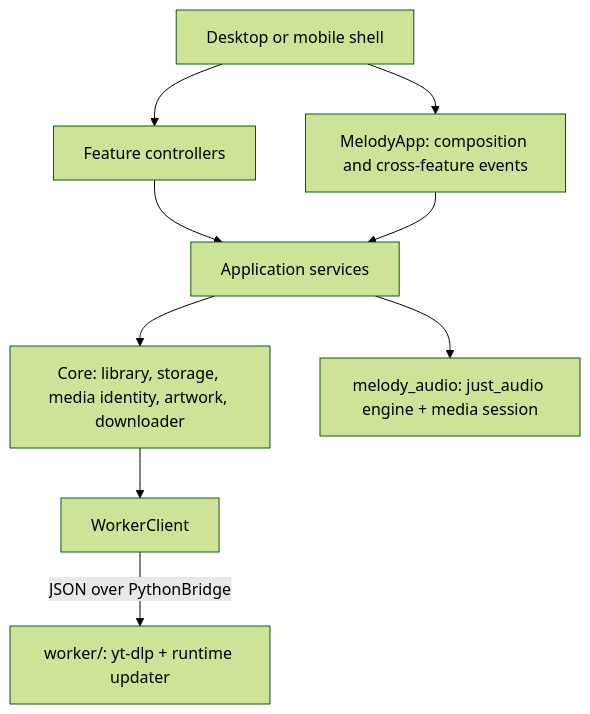
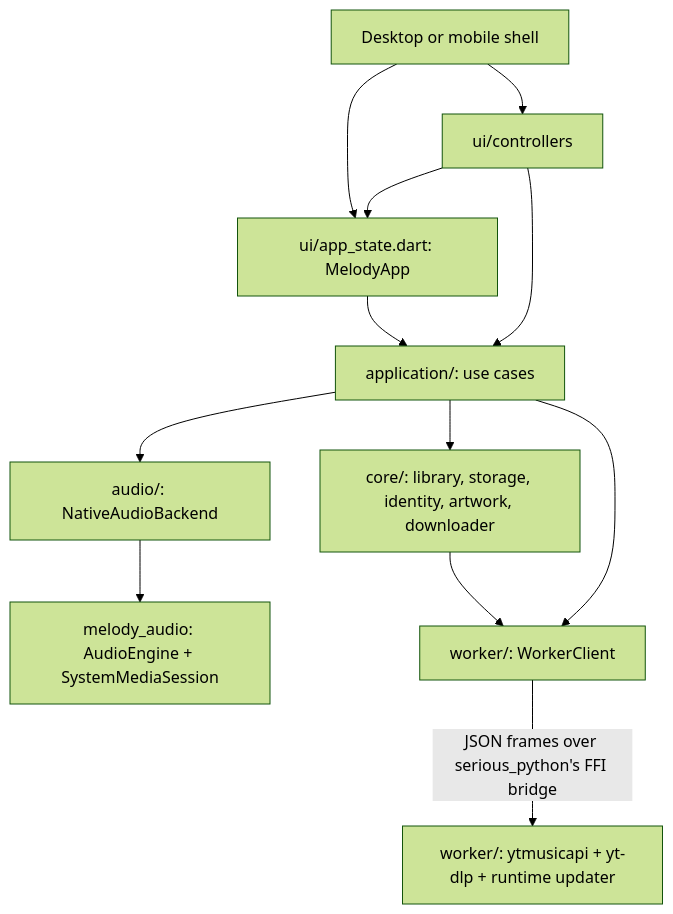
The diagram in docs/architecture.md (ThanapatFungpharit/melody-player), drawn with Mermaid (forest theme) before and after one commit. The commit also changed other lines of this file and 297 other files, not shown here.

````diff
--- a/docs/architecture.md
+++ b/docs/architecture.md
@@ -11,11 +11,14 @@
 ```mermaid
 flowchart TD
-    Shell[Desktop or mobile shell] --> Controllers[Feature controllers]
-    Shell --> AppState[MelodyApp: composition and cross-feature events]
-    Controllers --> Services[Application services]
-    AppState --> Services
-    Services --> Core[Core: library, storage, media identity, artwork, downloader]
-    Services --> Audio[melody_audio: just_audio engine + media session]
-    Core --> Worker[WorkerClient]
-    Worker -->|JSON over PythonBridge| Python[worker/: yt-dlp + runtime updater]
+    Shell[Desktop or mobile shell] --> Controllers[ui/controllers]
+    Shell --> AppState[ui/app_state.dart: MelodyApp]
+    Controllers --> AppState
+    AppState --> Application[application/: use cases]
+    Controllers --> Application
+    Application --> Core[core/: library, storage, identity, artwork, downloader]
+    Application --> AudioBackend[audio/: NativeAudioBackend]
+    AudioBackend --> Plugin[melody_audio: AudioEngine + SystemMediaSession]
+    Core --> Client[worker/: WorkerClient]
+    Application --> Client
+    Client -->|JSON frames over serious_python's FFI bridge| Python[worker/: ytmusicapi + yt-dlp + runtime updater]
 ```
````
